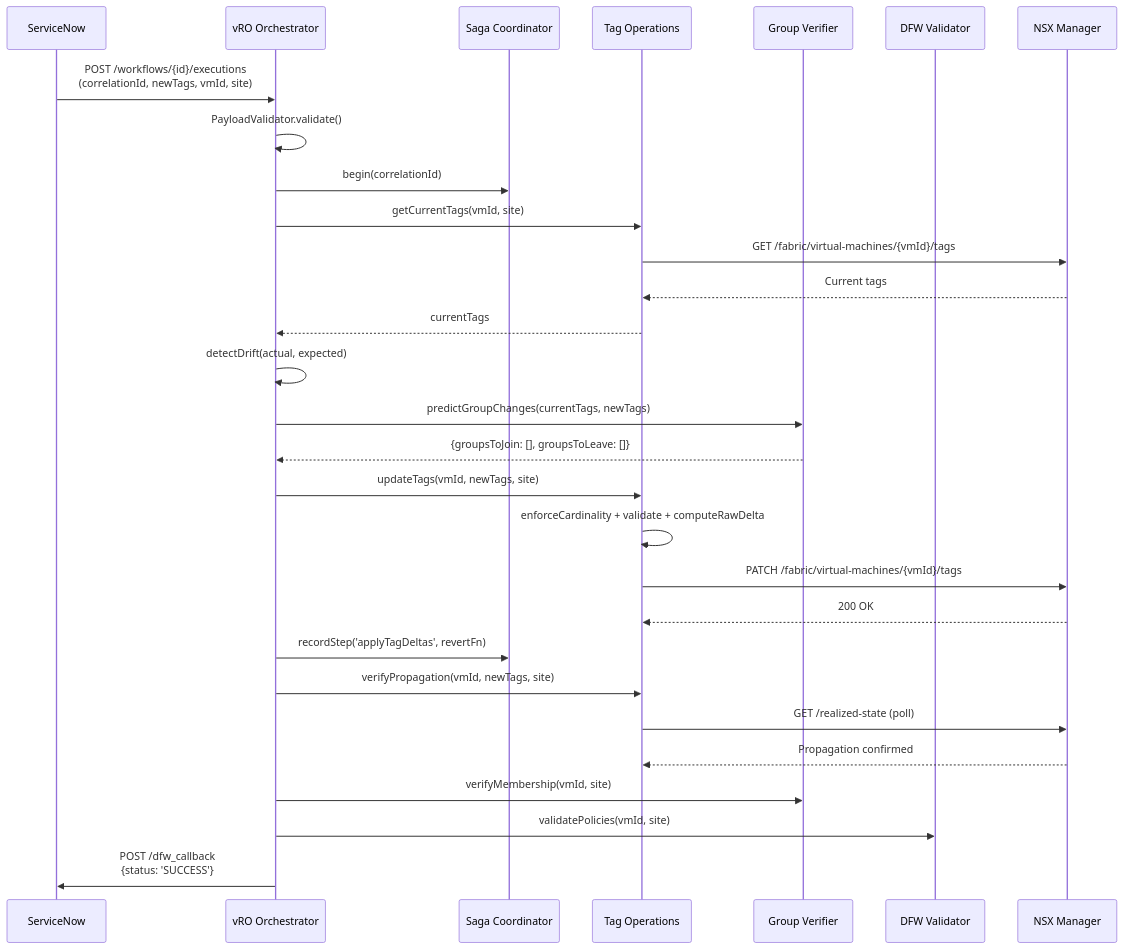
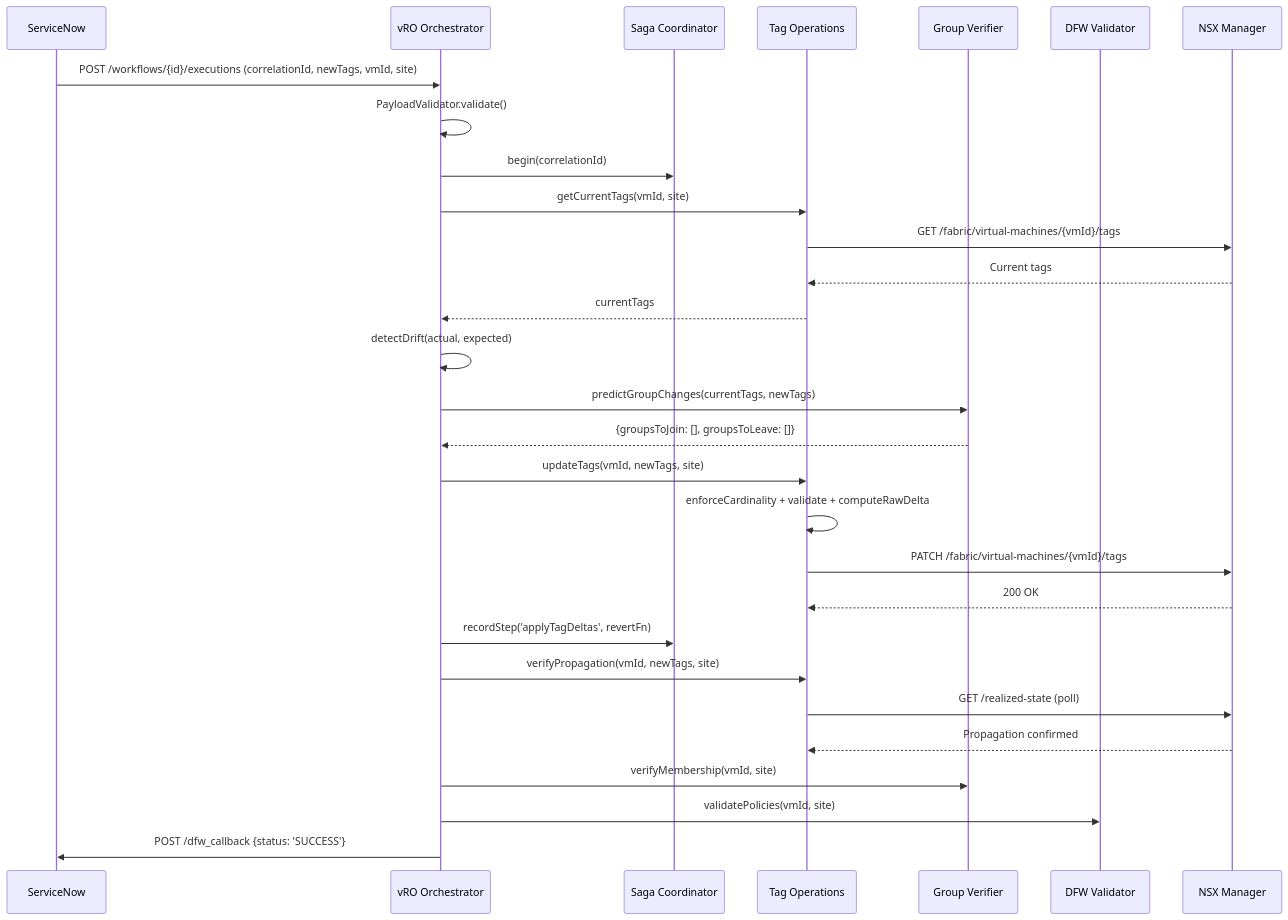
One commit to srikanth-nalam/dfw-automation-pipeline changed the fourth of 7 diagrams in docs/HLD.md. Above: the diagram before and after it, drawn with Mermaid. The commit also changed other lines of this file and 8 other files, not shown here.

First line of the commit message:
fix(docs): resolve Mermaid diagram rendering issues in HLD.md

````diff
--- a/docs/HLD.md
+++ b/docs/HLD.md
@@ -378,39 +378,39 @@
 ```mermaid
 sequenceDiagram
     participant SNOW as ServiceNow
     participant VRO as vRO Orchestrator
     participant Saga as Saga Coordinator
     participant Tags as Tag Operations
     participant Groups as Group Verifier
     participant DFW as DFW Validator
     participant NSX as NSX Manager
 
-    SNOW->>VRO: POST /workflows/{id}/executions<br/>(correlationId, newTags, vmId, site)
+    SNOW->>VRO: POST /workflows/{id}/executions (correlationId, newTags, vmId, site)
     VRO->>VRO: PayloadValidator.validate()
     VRO->>Saga: begin(correlationId)
 
     VRO->>Tags: getCurrentTags(vmId, site)
     Tags->>NSX: GET /fabric/virtual-machines/{vmId}/tags
     NSX-->>Tags: Current tags
     Tags-->>VRO: currentTags
 
     VRO->>VRO: detectDrift(actual, expected)
 
     VRO->>Groups: predictGroupChanges(currentTags, newTags)
     Groups-->>VRO: {groupsToJoin: [], groupsToLeave: []}
 
     VRO->>Tags: updateTags(vmId, newTags, site)
     Tags->>Tags: enforceCardinality + validate + computeRawDelta
     Tags->>NSX: PATCH /fabric/virtual-machines/{vmId}/tags
     NSX-->>Tags: 200 OK
     VRO->>Saga: recordStep('applyTagDeltas', revertFn)
 
     VRO->>Tags: verifyPropagation(vmId, newTags, site)
     Tags->>NSX: GET /realized-state (poll)
     NSX-->>Tags: Propagation confirmed
 
     VRO->>Groups: verifyMembership(vmId, site)
     VRO->>DFW: validatePolicies(vmId, site)
 
-    VRO->>SNOW: POST /dfw_callback<br/>{status: 'SUCCESS'}
+    VRO->>SNOW: POST /dfw_callback {status: 'SUCCESS'}
 ```
````
